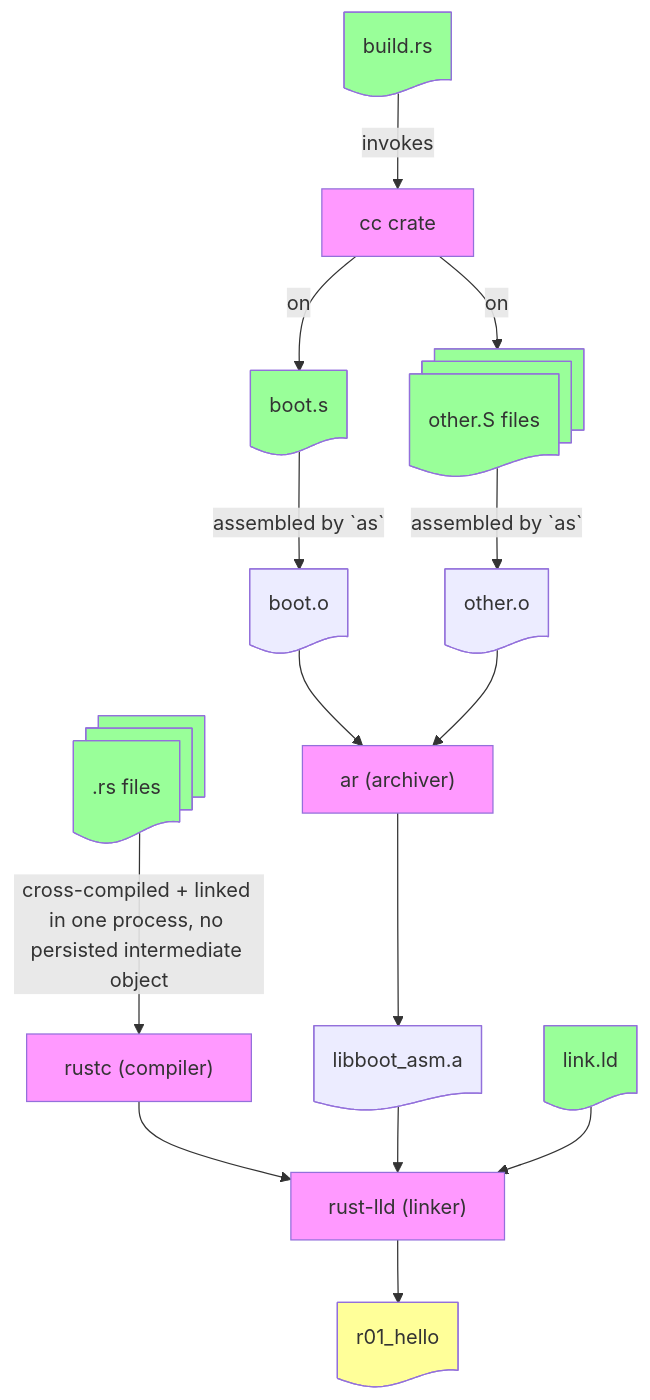
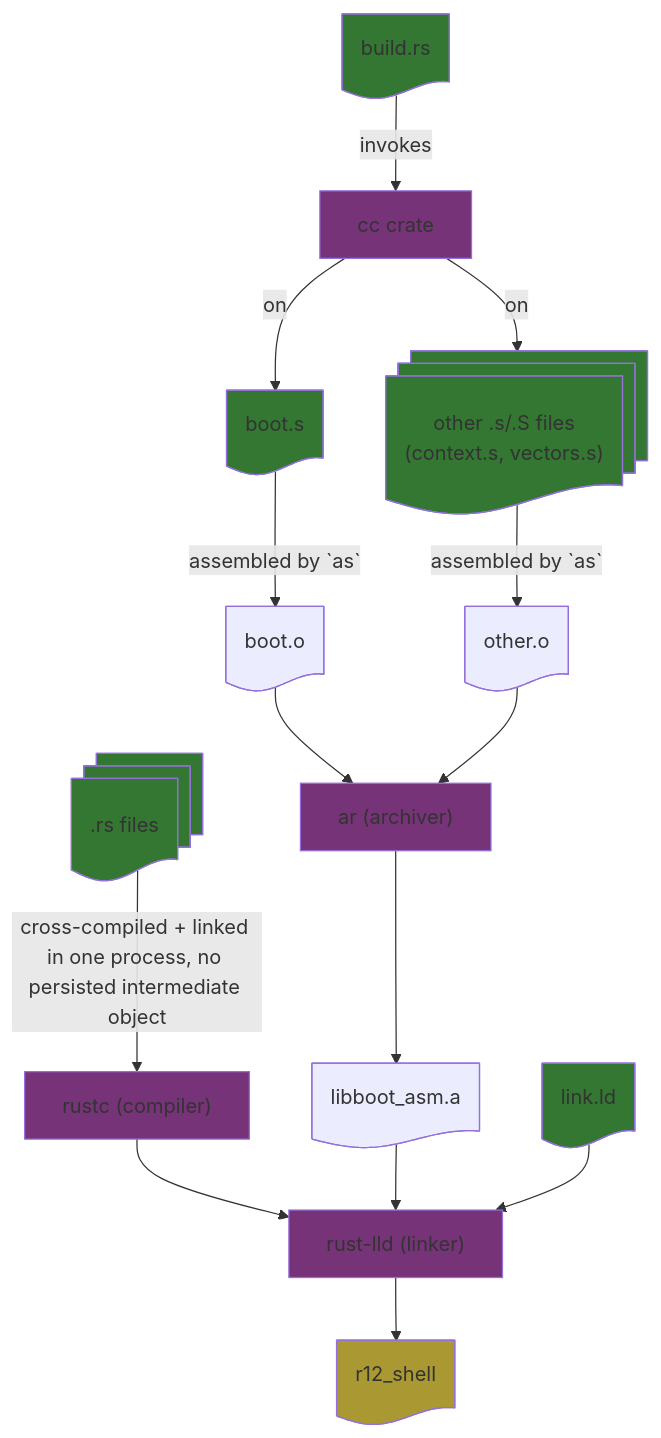
The diagram in rust/docs/build_sequence.md (yinchi/qemu_lab), drawn with Mermaid before and after one commit. The commit also changed other lines of this file and 39 other files, not shown here.

````diff
--- a/rust/docs/build_sequence.md
+++ b/rust/docs/build_sequence.md
@@ -3,45 +3,45 @@
 ```mermaid
 graph TD;
     cc@{shape: proc, label: "cc crate"}
     ar@{shape: proc, label: "ar (archiver)"}
     rust-lld@{shape: proc, label: "rust-lld (linker)"}
     rustc@{shape: proc, label: "rustc (compiler)"}
 
-    style cc fill:#f9f
-    style ar fill:#f9f
-    style rust-lld fill:#f9f
-    style rustc fill:#f9f
+    style cc fill:#737
+    style ar fill:#737
+    style rust-lld fill:#737
+    style rustc fill:#737
 
     build.rs@{shape: doc}
-    style build.rs fill:#9f9
+    style build.rs fill:#373
 
     boot.s@{shape: doc}
-    other.S@{shape: docs, label: "other.S files"}
-    style boot.s fill:#9f9
-    style other.S fill:#9f9
+    other.S@{shape: docs, label: "other .s/.S files<br/>(context.s, vectors.s)"}
+    style boot.s fill:#373
+    style other.S fill:#373
 
     boot.o@{shape: doc}
     other.o@{shape: doc}
     libboot_asm.a@{shape: doc}
     main.rs@{shape: docs, label: ".rs files"}
-    style main.rs fill:#9f9
+    style main.rs fill:#373
     link.ld@{shape: doc}
-    style link.ld fill:#9f9
-    r01_hello@{shape: doc}
-    style r01_hello fill:#ff9
+    style link.ld fill:#373
+    r12_shell@{shape: doc}
+    style r12_shell fill:#a93
 
     build.rs -- "invokes" --> cc -- "on" --> boot.s
     cc -- "on" --> other.S
 
     boot.s -- assembled by `as` --> boot.o
     other.S -- assembled by `as` --> other.o
 
     boot.o --> ar
     other.o --> ar --> libboot_asm.a
 
     main.rs -- "cross-compiled + linked in one process, no persisted intermediate object" --> rustc --> rust-lld
     libboot_asm.a --> rust-lld
     link.ld --> rust-lld
 
-    rust-lld --> r01_hello
+    rust-lld --> r12_shell
 ```
````
